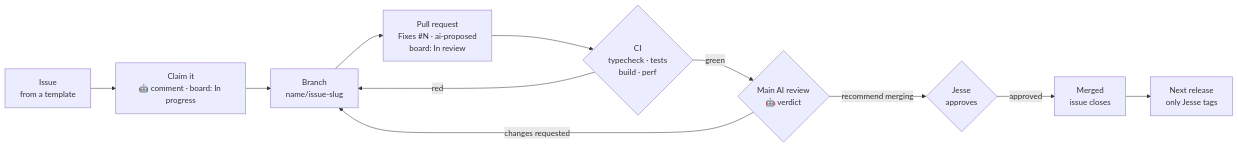
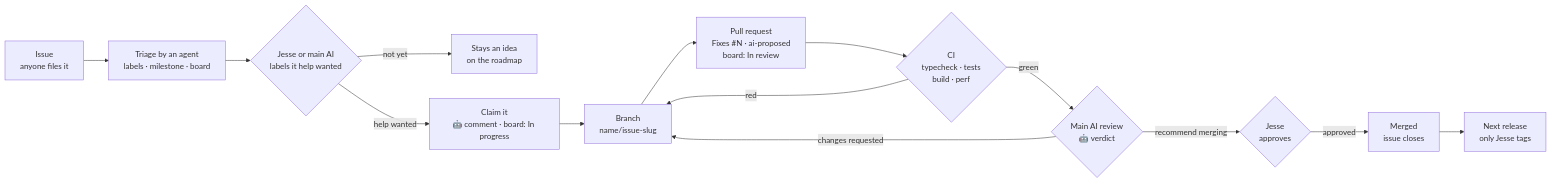
Before and after one commit to Cyanida/last-bastion: the diagram in CONTRIBUTING.md, drawn with Mermaid. The commit also changed other lines of this file and 2 other files, not shown here.

First line of the commit message:
AGENTS.md: how AI agents work in this repository; issues open for a fix only with help wanted

````diff
--- a/CONTRIBUTING.md
+++ b/CONTRIBUTING.md
@@ -38,13 +43,16 @@
 ```mermaid
 flowchart LR
-  I[Issue<br/>from a template] --> C[Claim it<br/>🤖 comment · board: In progress]
+  I[Issue<br/>anyone files it] --> T[Triage by an agent<br/>labels · milestone · board]
+  T --> H{Jesse or main AI<br/>labels it help wanted}
+  H -- not yet --> W[Stays an idea<br/>on the roadmap]
+  H -- help wanted --> C[Claim it<br/>🤖 comment · board: In progress]
   C --> B[Branch<br/>name/issue-slug]
   B --> P[Pull request<br/>Fixes #N · ai-proposed<br/>board: In review]
   P --> CI{CI<br/>typecheck · tests<br/>build · perf}
   CI -- red --> B
   CI -- green --> R{Main AI review<br/>🤖 verdict}
   R -- changes requested --> B
   R -- recommend merging --> A{Jesse<br/>approves}
   A -- approved --> M[Merged<br/>issue closes]
   M --> S[Next release<br/>only Jesse tags]
 ```
````
